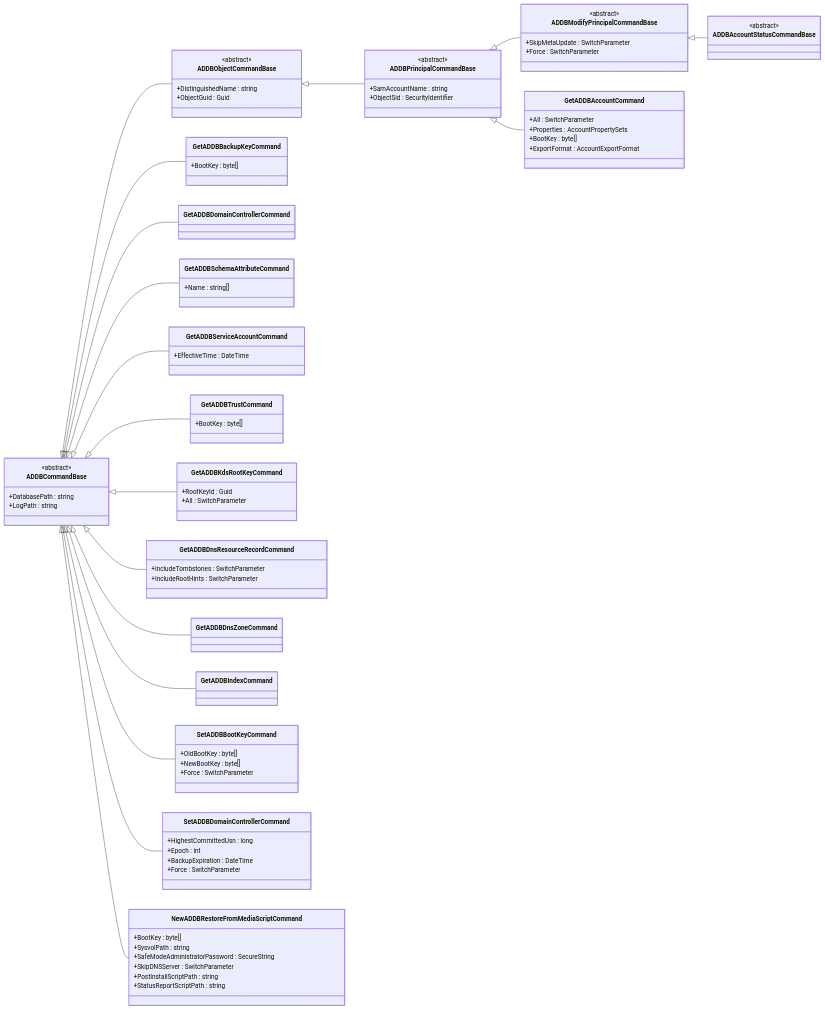
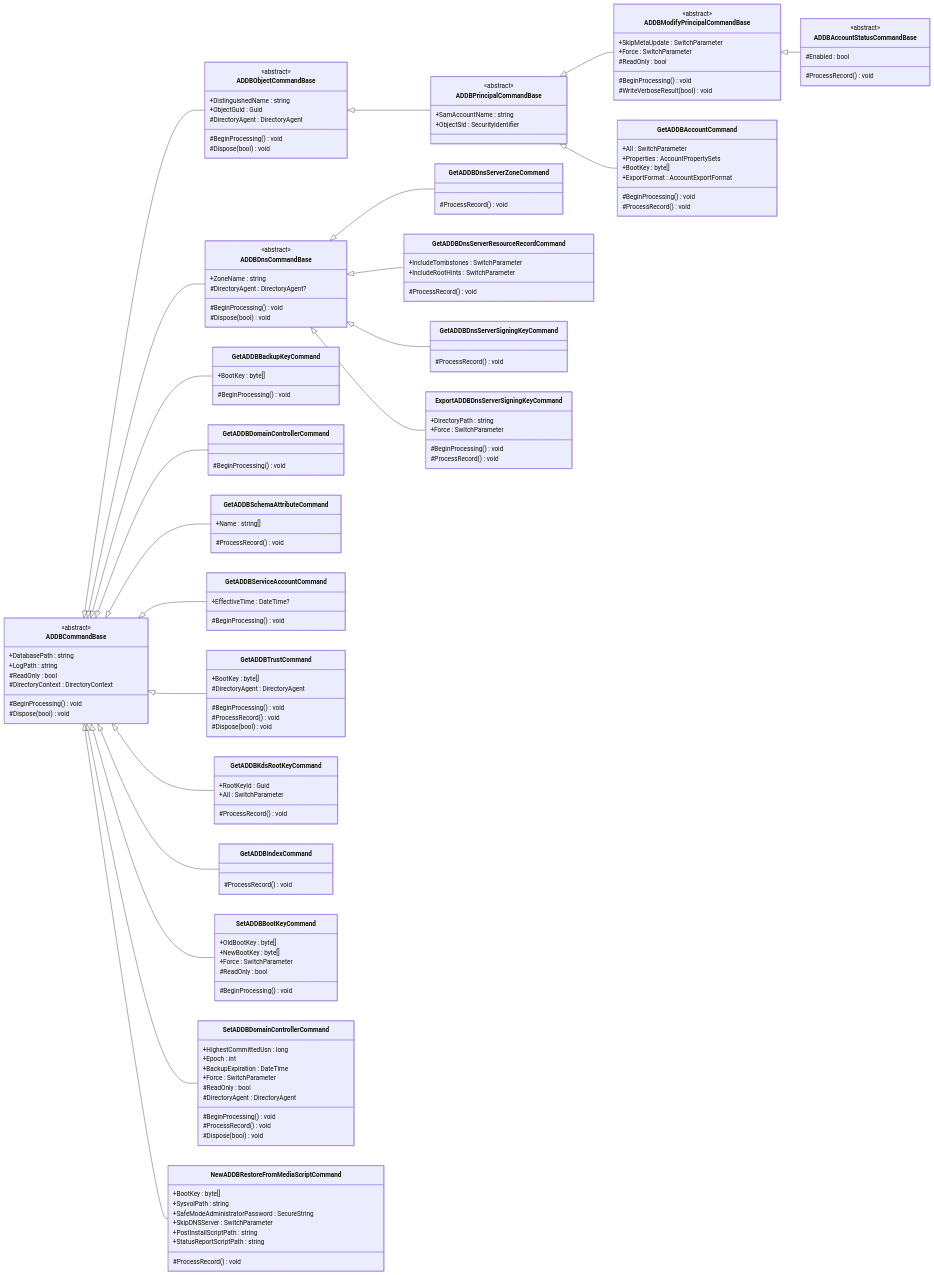
One commit to MichaelGrafnetter/DSInternals changed the second of 10 diagrams in Src/DSInternals.PowerShell/Commands/README.md. Above: the diagram before and after it, drawn with Mermaid. The commit also changed other lines of this file and 286 other files, not shown here.

```diff
--- a/Src/DSInternals.PowerShell/Commands/README.md
+++ b/Src/DSInternals.PowerShell/Commands/README.md
@@ -57,11 +100,18 @@
         <<abstract>>
         +DatabasePath : string
         +LogPath : string
+        #ReadOnly : bool
+        #DirectoryContext : DirectoryContext
+        #BeginProcessing() void
+        #Dispose(bool) void
     }
     class ADDBObjectCommandBase {
         <<abstract>>
         +DistinguishedName : string
         +ObjectGuid : Guid
+        #DirectoryAgent : DirectoryAgent
+        #BeginProcessing() void
+        #Dispose(bool) void
     }
     class ADDBPrincipalCommandBase {
         <<abstract>>
@@ -72,55 +122,101 @@
         <<abstract>>
         +SkipMetaUpdate : SwitchParameter
         +Force : SwitchParameter
+        #ReadOnly : bool
+        #BeginProcessing() void
+        #WriteVerboseResult(bool) void
     }
     class ADDBAccountStatusCommandBase {
         <<abstract>>
+        #Enabled : bool
+        #ProcessRecord() void
+    }
+    class ADDBDnsCommandBase {
+        <<abstract>>
+        +ZoneName : string
+        #DirectoryAgent : DirectoryAgent?
+        #BeginProcessing() void
+        #Dispose(bool) void
     }
 
     ADDBCommandBase <|-- ADDBObjectCommandBase
     ADDBObjectCommandBase <|-- ADDBPrincipalCommandBase
     ADDBPrincipalCommandBase <|-- ADDBModifyPrincipalCommandBase
     ADDBModifyPrincipalCommandBase <|-- ADDBAccountStatusCommandBase
+    ADDBCommandBase <|-- ADDBDnsCommandBase
 
     class GetADDBAccountCommand {
         +All : SwitchParameter
         +Properties : AccountPropertySets
         +BootKey : byte[]
         +ExportFormat : AccountExportFormat
+        #BeginProcessing() void
+        #ProcessRecord() void
     }
     class GetADDBBackupKeyCommand {
         +BootKey : byte[]
+        #BeginProcessing() void
     }
-    class GetADDBDomainControllerCommand
+    class GetADDBDomainControllerCommand {
+        #BeginProcessing() void
+    }
     class GetADDBSchemaAttributeCommand {
         +Name : string[]
+        #ProcessRecord() void
     }
     class GetADDBServiceAccountCommand {
-        +EffectiveTime : DateTime
+        +EffectiveTime : DateTime?
+        #BeginProcessing() void
     }
     class GetADDBTrustCommand {
         +BootKey : byte[]
+        #DirectoryAgent : DirectoryAgent
+        #BeginProcessing() void
+        #ProcessRecord() void
+        #Dispose(bool) void
     }
     class GetADDBKdsRootKeyCommand {
         +RootKeyId : Guid
         +All : SwitchParameter
+        #ProcessRecord() void
     }
-    class GetADDBDnsResourceRecordCommand {
+    class GetADDBDnsServerZoneCommand {
+        #ProcessRecord() void
+    }
+    class GetADDBDnsServerResourceRecordCommand {
         +IncludeTombstones : SwitchParameter
         +IncludeRootHints : SwitchParameter
+        #ProcessRecord() void
     }
-    class GetADDBDnsZoneCommand
-    class GetADDBIndexCommand
+    class GetADDBDnsServerSigningKeyCommand {
+        #ProcessRecord() void
+    }
+    class ExportADDBDnsServerSigningKeyCommand {
+        +DirectoryPath : string
+        +Force : SwitchParameter
+        #BeginProcessing() void
+        #ProcessRecord() void
+    }
+    class GetADDBIndexCommand {
+        #ProcessRecord() void
+    }
     class SetADDBBootKeyCommand {
         +OldBootKey : byte[]
         +NewBootKey : byte[]
         +Force : SwitchParameter
+        #ReadOnly : bool
+        #BeginProcessing() void
     }
     class SetADDBDomainControllerCommand {
         +HighestCommittedUsn : long
         +Epoch : int
         +BackupExpiration : DateTime
         +Force : SwitchParameter
+        #ReadOnly : bool
+        #DirectoryAgent : DirectoryAgent
+        #BeginProcessing() void
+        #ProcessRecord() void
+        #Dispose(bool) void
     }
     class NewADDBRestoreFromMediaScriptCommand {
         +BootKey : byte[]
@@ -129,6 +225,7 @@
         +SkipDNSServer : SwitchParameter
         +PostInstallScriptPath : string
         +StatusReportScriptPath : string
+        #ProcessRecord() void
     }
 
     ADDBCommandBase <|-- GetADDBBackupKeyCommand
@@ -137,8 +234,10 @@
     ADDBCommandBase <|-- GetADDBServiceAccountCommand
     ADDBCommandBase <|-- GetADDBTrustCommand
     ADDBCommandBase <|-- GetADDBKdsRootKeyCommand
-    ADDBCommandBase <|-- GetADDBDnsResourceRecordCommand
-    ADDBCommandBase <|-- GetADDBDnsZoneCommand
+    ADDBDnsCommandBase <|-- GetADDBDnsServerZoneCommand
+    ADDBDnsCommandBase <|-- GetADDBDnsServerResourceRecordCommand
+    ADDBDnsCommandBase <|-- GetADDBDnsServerSigningKeyCommand
+    ADDBDnsCommandBase <|-- ExportADDBDnsServerSigningKeyCommand
     ADDBCommandBase <|-- GetADDBIndexCommand
     ADDBCommandBase <|-- SetADDBBootKeyCommand
     ADDBCommandBase <|-- SetADDBDomainControllerCommand
```
